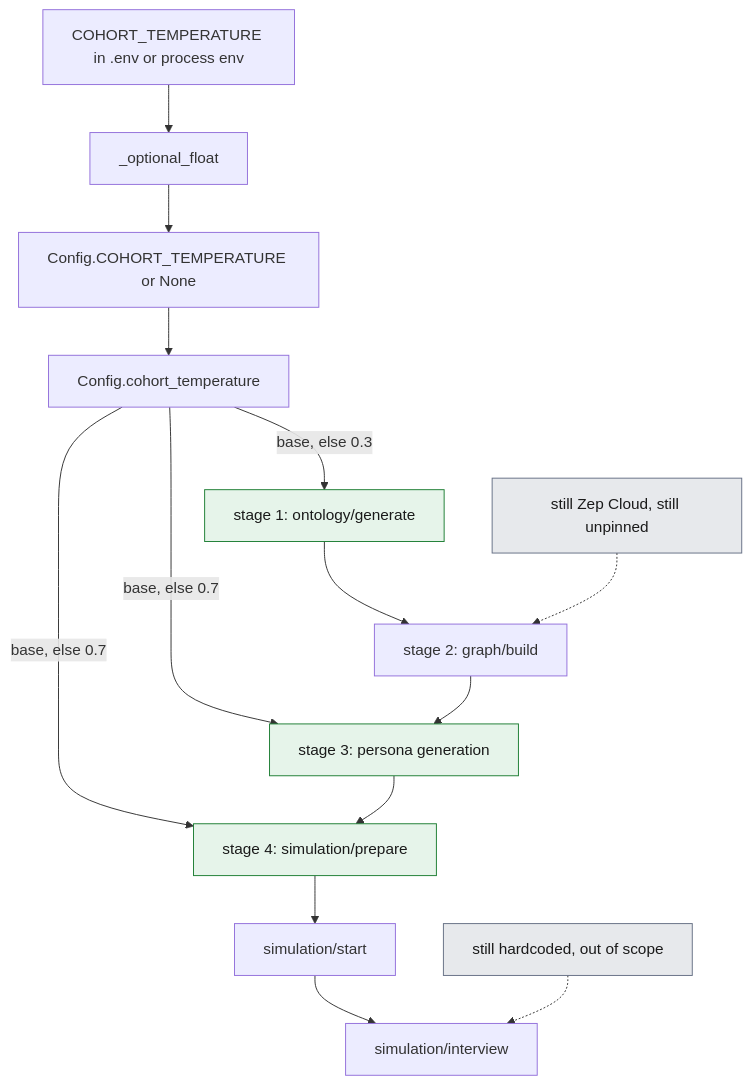
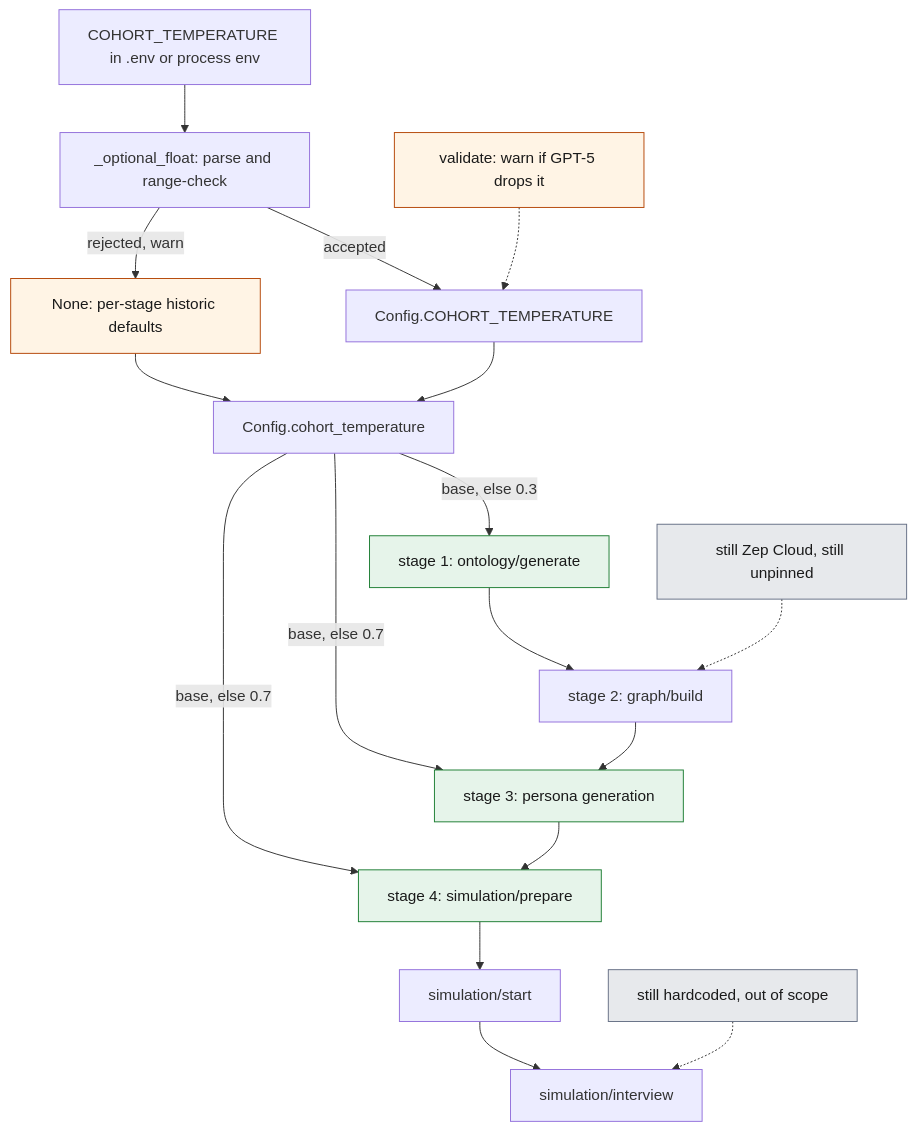
The second of 4 diagrams in docs/fixes/751-cohort-temperature.md (varun-projects/MiroFish), drawn with Mermaid before and after one commit. The commit also changed other lines of this file, not shown here.

First line of the commit message:
docs: update #751 writeup for the validation and GPT-5 changes

````diff
--- a/docs/fixes/751-cohort-temperature.md
+++ b/docs/fixes/751-cohort-temperature.md
@@ -150,24 +158,29 @@
 ```mermaid
 flowchart TD
-    ENV["COHORT_TEMPERATURE in .env or process env"] --> OPT["_optional_float"]
-    OPT --> ATTR["Config.COHORT_TEMPERATURE or None"]
-    ATTR --> RES["Config.cohort_temperature"]
+    ENV["COHORT_TEMPERATURE in .env or process env"] --> OPT["_optional_float: parse and range-check"]
+    OPT -->|"rejected, warn"| DEF["None: per-stage historic defaults"]
+    OPT -->|"accepted"| ATTR["Config.COHORT_TEMPERATURE"]
+    DEF --> RES["Config.cohort_temperature"]
+    ATTR --> RES
 
     RES -->|"base, else 0.3"| ONT["stage 1: ontology/generate"]
     RES -->|"base, else 0.7"| PER["stage 3: persona generation"]
     RES -->|"base, else 0.7"| CFG["stage 4: simulation/prepare"]
 
     ONT --> GB["stage 2: graph/build"]
     GB --> PER
     PER --> CFG
     CFG --> SIM["simulation/start"]
     SIM --> ITV["simulation/interview"]
 
     Z["still Zep Cloud, still unpinned"] -.-> GB
     H["still hardcoded, out of scope"] -.-> ITV
+    V["validate: warn if GPT-5 drops it"] -.-> ATTR
 
     classDef pin fill:#e6f4ea,stroke:#1e7e34,color:#1a1a1a
     classDef ext fill:#e7e9ec,stroke:#667085,color:#1a1a1a
+    classDef warn fill:#fff4e5,stroke:#b54708,color:#1a1a1a
     class ONT,PER,CFG pin
     class Z,H ext
+    class DEF,V warn
 ```
````
